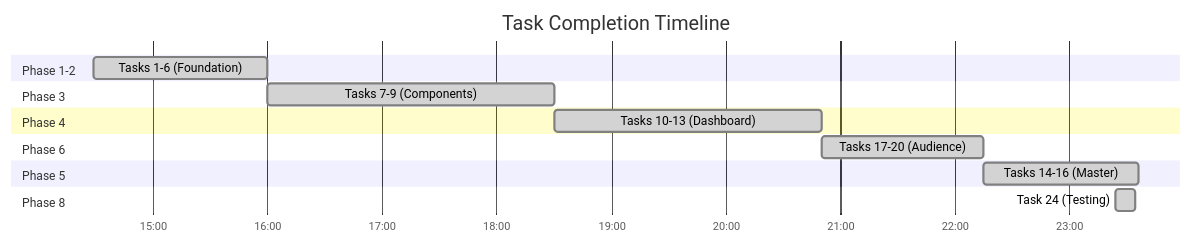
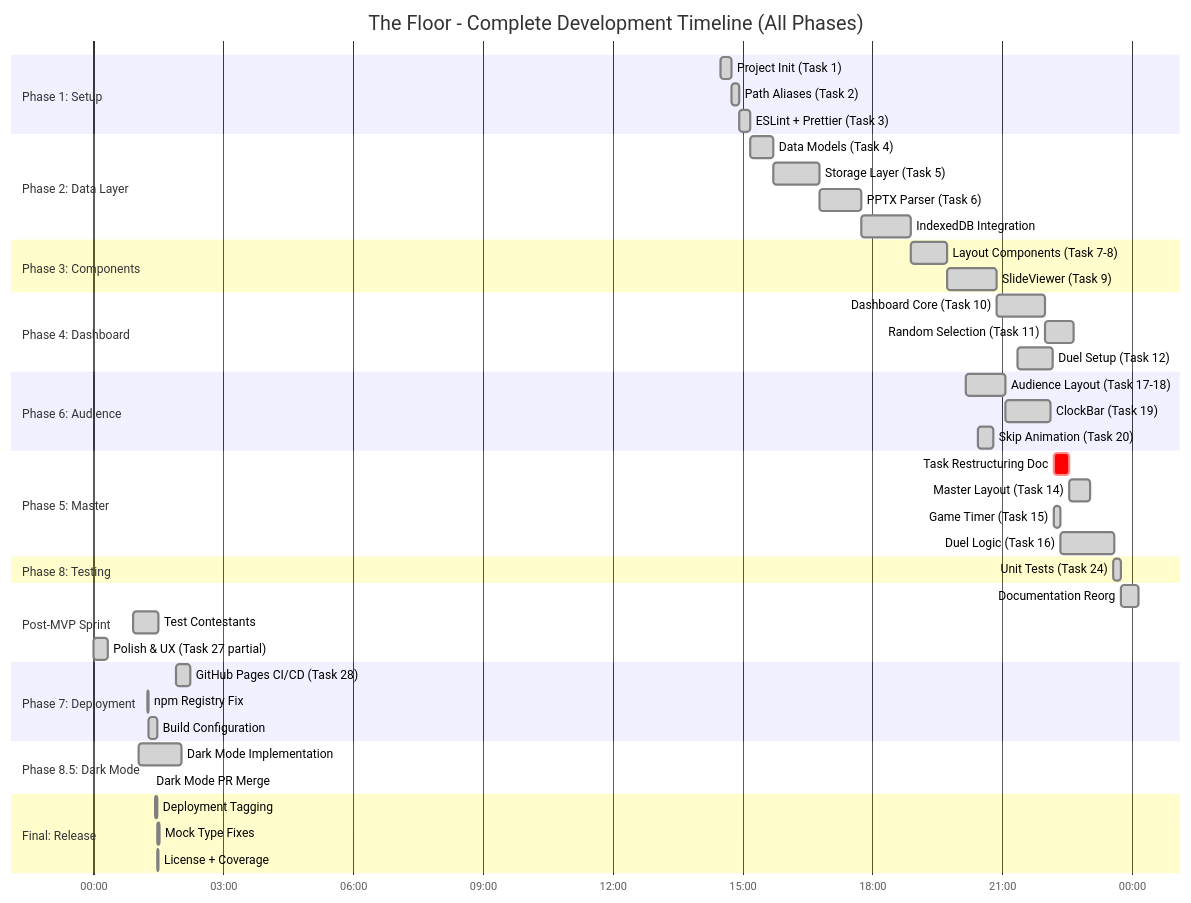
The first of 10 diagrams in docs/analysis/performance-analysis.md (rfrowe/the_floor), drawn with Mermaid before and after one commit. The commit also changed other lines of this file and 5 other files, not shown here.

First line of the commit message:
docs: complete session analysis with final metrics and DST-adjusted timeline

````diff
--- a/docs/analysis/performance-analysis.md
+++ b/docs/analysis/performance-analysis.md
@@ -44,24 +39,59 @@
 ```mermaid
 gantt
-    title Task Completion Timeline
+    title The Floor - Complete Development Timeline (All Phases)
     dateFormat HH:mm
     axisFormat %H:%M
 
-    section Phase 1-2
-    Tasks 1-6 (Foundation)      :done, 14:29, 16:00
+    section Phase 1: Setup
+    Project Init (Task 1)           :done, 14:29, 15m
+    Path Aliases (Task 2)           :done, 14:44, 11m
+    ESLint + Prettier (Task 3)      :done, 14:55, 15m
 
-    section Phase 3
-    Tasks 7-9 (Components)      :done, 16:00, 18:30
+    section Phase 2: Data Layer
+    Data Models (Task 4)            :done, 15:10, 33m
+    Storage Layer (Task 5)          :done, 15:43, 63m
+    PPTX Parser (Task 6)            :done, 16:46, 59m
+    IndexedDB Integration           :done, 17:45, 68m
 
-    section Phase 4
-    Tasks 10-13 (Dashboard)     :done, 18:30, 20:50
+    section Phase 3: Components
+    Layout Components (Task 7-8)    :done, 18:53, 51m
+    SlideViewer (Task 9)            :done, 19:44, 69m
 
-    section Phase 6
-    Tasks 17-20 (Audience)      :done, 20:50, 22:15
+    section Phase 4: Dashboard
+    Dashboard Core (Task 10)        :done, 20:53, 67m
+    Random Selection (Task 11)      :done, 22:00, 39m
+    Duel Setup (Task 12)            :done, 21:21, 49m
 
-    section Phase 5
-    Tasks 14-16 (Master)        :done, 22:15, 23:36
+    section Phase 6: Audience
+    Audience Layout (Task 17-18)    :done, 20:10, 54m
+    ClockBar (Task 19)              :done, 21:04, 63m
+    Skip Animation (Task 20)        :done, 20:26, 22m
 
-    section Phase 8
-    Task 24 (Testing)           :done, 23:24, 23:34
+    section Phase 5: Master
+    Task Restructuring Doc          :crit, 22:12, 21m
+    Master Layout (Task 14)         :done, 22:33, 29m
+    Game Timer (Task 15)            :done, 22:12, 9m
+    Duel Logic (Task 16)            :done, 22:21, 75m
+
+    section Phase 8: Testing
+    Unit Tests (Task 24)            :done, 23:34, 10m
+
+    section Post-MVP Sprint
+    Documentation Reorg             :done, 23:44, 25m
+    Test Contestants                :done, 00:55, 35m
+    Polish & UX (Task 27 partial)   :done, 00:00, 20m
+
+    section Phase 7: Deployment
+    GitHub Pages CI/CD (Task 28)    :done, 01:55, 19m
+    npm Registry Fix                :done, 01:14, 2m
+    Build Configuration             :done, 01:16, 12m
+
+    section Phase 8.5: Dark Mode
+    Dark Mode Implementation        :done, 01:02, 60m
+    Dark Mode PR Merge              :done, 01:19, 0m
+
+    section Final: Release
+    Deployment Tagging              :done, 01:25, 3m
+    Mock Type Fixes                 :done, 01:28, 3m
+    License + Coverage              :done, 01:29, 1m
 ```
````
